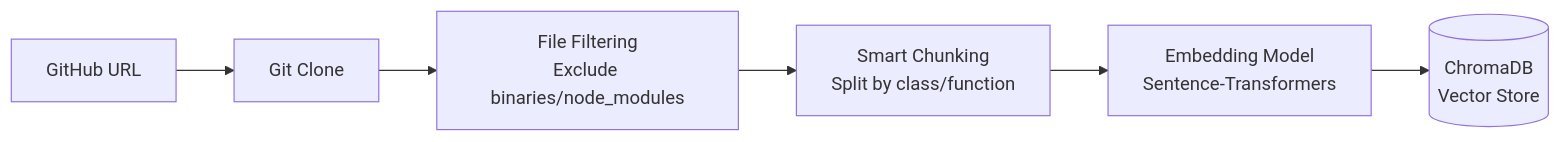
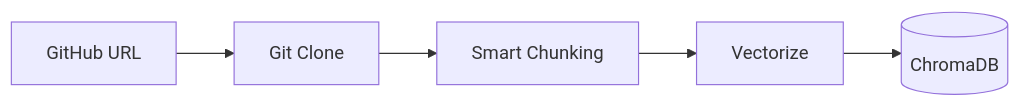
The second of 2 diagrams in VIVA_PREP.md (SoumyaRaikwar/CodeSight-AI), drawn with Mermaid before and after one commit. The commit also changed other lines of this file, not shown here.

````diff
--- a/VIVA_PREP.md
+++ b/VIVA_PREP.md
@@ -42,8 +74,4 @@
 ```mermaid
 flowchart LR
-    URL[GitHub URL] --> Clone[Git Clone]
-    Clone --> Filter[File Filtering\nExclude binaries/node_modules]
-    Filter --> Chunk[Smart Chunking\nSplit by class/function]
-    Chunk --> Embed[Embedding Model\nSentence-Transformers]
-    Embed --> Store[(ChromaDB\nVector Store)]
+    URL[GitHub URL] --> Clone[Git Clone] --> Chunk[Smart Chunking] --> Embed[Vectorize] --> Store[(ChromaDB)]
 ```
````
